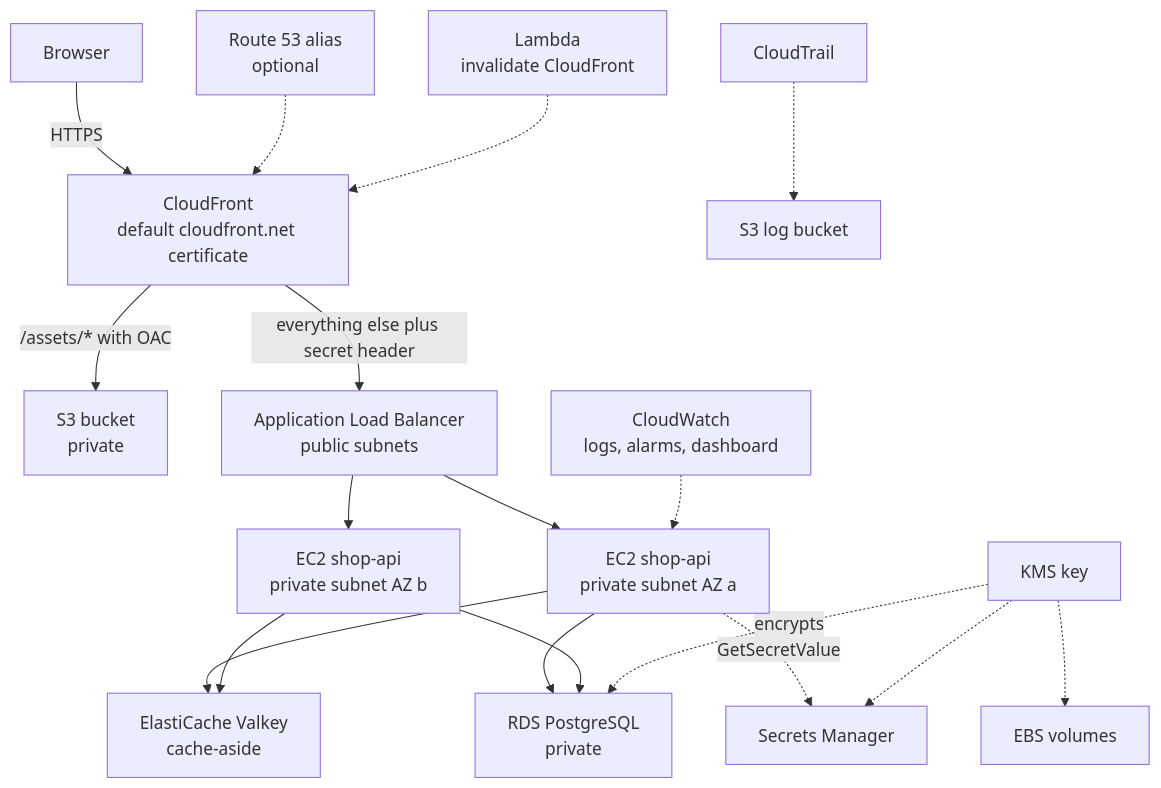
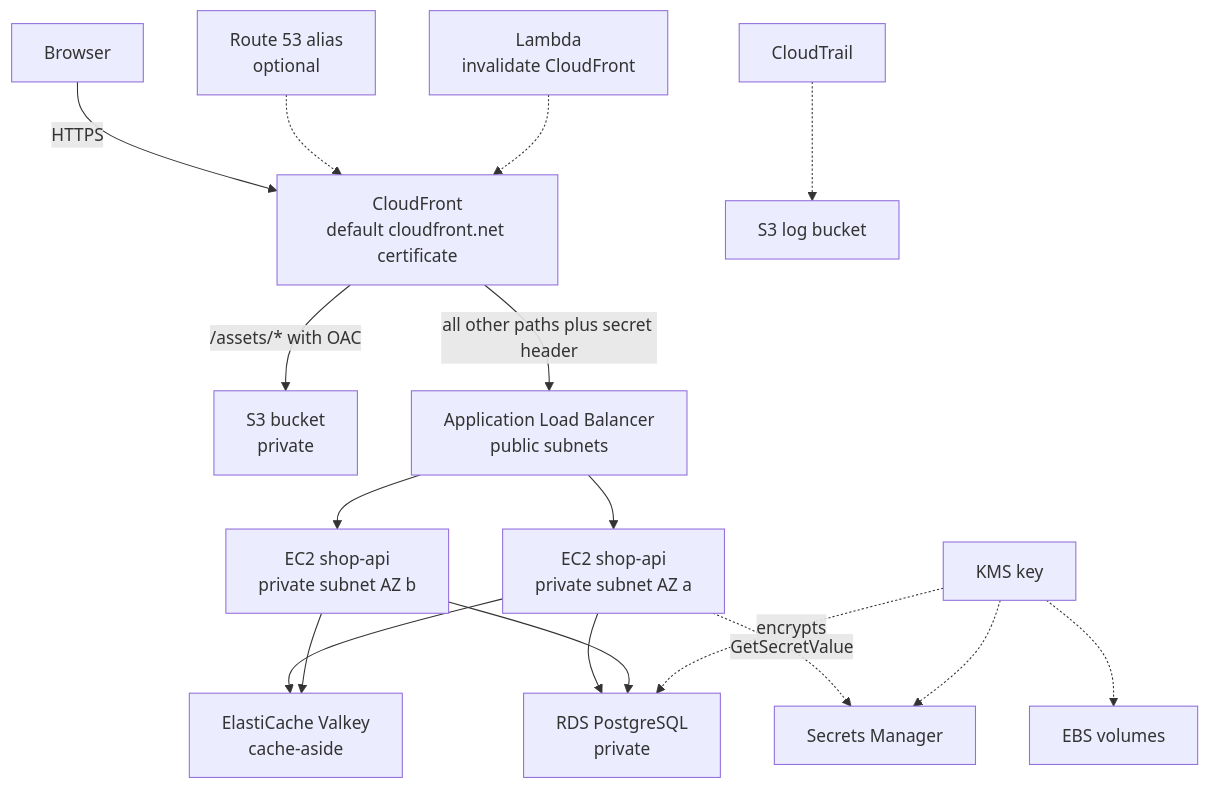
The first of 2 diagrams in level-06-cloud-aws/99-capstone-project.md (mascot200/devops-roadmap), drawn with Mermaid before and after one commit. The commit also changed other lines of this file, not shown here.

First line of the commit message:
Level 6 capstone: Build CloudFront -> ALB -> EC2 instances -> Redis -> RDS -> S3 (use free tier / tear down

````diff
--- a/level-06-cloud-aws/99-capstone-project.md
+++ b/level-06-cloud-aws/99-capstone-project.md
@@ -34,20 +35,19 @@
 ```mermaid
 flowchart TB
     user["Browser"] -->|HTTPS| cf["CloudFront<br/>default cloudfront.net certificate"]
     r53["Route 53 alias<br/>optional"] -.-> cf
     cf -->|"/assets/* with OAC"| s3["S3 bucket<br/>private"]
-    cf -->|"everything else plus secret header"| alb["Application Load Balancer<br/>public subnets"]
+    cf -->|"all other paths plus secret header"| alb["Application Load Balancer<br/>public subnets"]
     alb --> a1["EC2 shop-api<br/>private subnet AZ a"]
     alb --> a2["EC2 shop-api<br/>private subnet AZ b"]
     a1 --> redis["ElastiCache Valkey<br/>cache-aside"]
     a2 --> redis
     a1 --> rds["RDS PostgreSQL<br/>private"]
     a2 --> rds
-    a1 -.->|"GetSecretValue"| sm["Secrets Manager"]
-    kms["KMS key"] -.->|"encrypts"| rds
+    a1 -.->|GetSecretValue| sm["Secrets Manager"]
+    kms["KMS key"] -.->|encrypts| rds
     kms -.-> sm
     kms -.-> ebs["EBS volumes"]
     ct["CloudTrail"] -.-> s3log["S3 log bucket"]
-    cw["CloudWatch<br/>logs, alarms, dashboard"] -.-> a1
     lam["Lambda<br/>invalidate CloudFront"] -.-> cf
 ```
````
